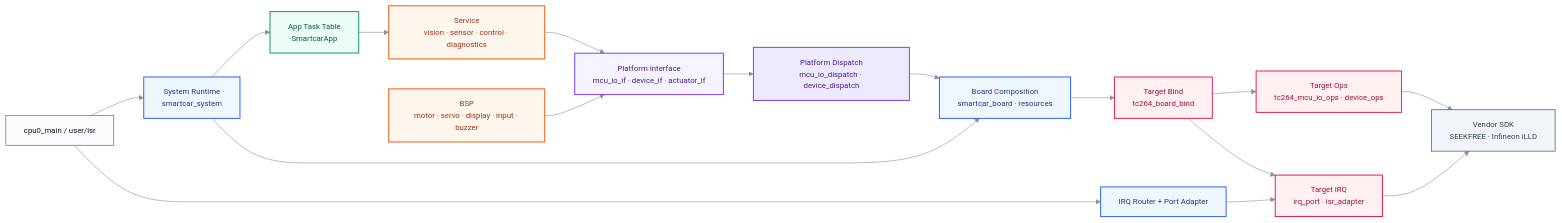
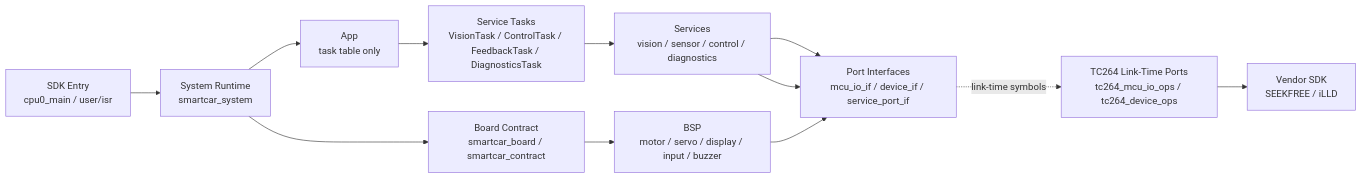
The first of 2 diagrams in README.md (ParacosmYy/GS_Smart_car), drawn with Mermaid before and after one commit. The commit also changed other lines of this file and 1 other file, not shown here.

````diff
--- a/README.md
+++ b/README.md
@@ -23,43 +14,18 @@
 ```mermaid
-%%{init: {'theme':'base','themeVariables': {'fontFamily':'Segoe UI,Arial,sans-serif','fontSize':'13px','primaryColor':'#ffffff','primaryTextColor':'#172033','lineColor':'#8792a2','clusterBkg':'#f8fafc','clusterBorder':'#d8dee9'}}}%%
 flowchart LR
-    classDef entry fill:#f8fafc,stroke:#64748b,stroke-width:1.2px,color:#0f172a
-    classDef system fill:#eef6ff,stroke:#2563eb,stroke-width:1.6px,color:#1e3a8a
-    classDef app fill:#ecfdf5,stroke:#059669,stroke-width:1.6px,color:#065f46
-    classDef service fill:#fff7ed,stroke:#ea580c,stroke-width:1.6px,color:#9a3412
-    classDef interface fill:#f5f3ff,stroke:#7c3aed,stroke-width:1.6px,color:#4c1d95
-    classDef dispatch fill:#ede9fe,stroke:#7c3aed,stroke-width:1.6px,color:#4c1d95
-    classDef board fill:#eef6ff,stroke:#2563eb,stroke-width:1.6px,color:#1e3a8a
-    classDef impl fill:#fff1f2,stroke:#e11d48,stroke-width:1.6px,color:#9f1239
-    classDef vendor fill:#f1f5f9,stroke:#475569,stroke-width:1.2px,color:#334155
+    ENTRY["SDK Entry<br/>cpu0_main / user/isr"]
+    RUNTIME["System Runtime<br/>smartcar_system"]
+    APP["App<br/>task table only"]
+    TASKS["Service Tasks<br/>VisionTask / ControlTask / FeedbackTask / DiagnosticsTask"]
+    SERVICE["Services<br/>vision / sensor / control / diagnostics"]
+    PORT["Port Interfaces<br/>mcu_io_if / device_if / service_port_if"]
+    BOARD["Board Contract<br/>smartcar_board / smartcar_contract"]
+    BSP["BSP<br/>motor / servo / display / input / buzzer"]
+    TC264["TC264 Link-Time Ports<br/>tc264_mcu_io_ops / tc264_device_ops"]
+    SDK["Vendor SDK<br/>SEEKFREE / iLLD"]
 
-    ENTRY["cpu0_main / user/isr"]:::entry
-    RUNTIME["System Runtime<br/>smartcar_system"]:::system
-    IRQ["IRQ Router + Port Adapter"]:::system
-    APP["App Task Table<br/>SmartcarApp"]:::app
-    SVC["Service<br/>vision · sensor · control · diagnostics"]:::service
-    BSP["BSP<br/>motor · servo · display · input · buzzer"]:::service
-    IFACE["Platform Interface<br/>mcu_io_if · device_if · actuator_if"]:::interface
-    DISPATCH["Platform Dispatch<br/>mcu_io_dispatch · device_dispatch"]:::dispatch
-    BOARD["Board Composition<br/>smartcar_board · resources"]:::board
-    TARGET["Target Bind<br/>tc264_board_bind"]:::impl
-    TCROP["Target Ops<br/>tc264_mcu_io_ops · device_ops"]:::impl
-    IRQIMPL["Target IRQ<br/>irq_port · isr_adapter"]:::impl
-    VENDOR["Vendor SDK<br/>SEEKFREE · Infineon iLLD"]:::vendor
-
-    ENTRY --> RUNTIME
-    ENTRY --> IRQ
-    RUNTIME --> APP
-    RUNTIME --> BOARD
-    APP --> SVC
-    SVC --> IFACE
-    BSP --> IFACE
-    IFACE --> DISPATCH
-    DISPATCH --> BOARD
-    BOARD --> TARGET
-    TARGET --> TCROP
-    TARGET --> IRQIMPL
-    IRQIMPL --> VENDOR
-    TCROP --> VENDOR
-    IRQ --> IRQIMPL
+    ENTRY --> RUNTIME --> APP --> TASKS --> SERVICE --> PORT
+    RUNTIME --> BOARD --> BSP --> PORT
+    SERVICE --> PORT
+    PORT -. "link-time symbols" .-> TC264 --> SDK
 ```
````
